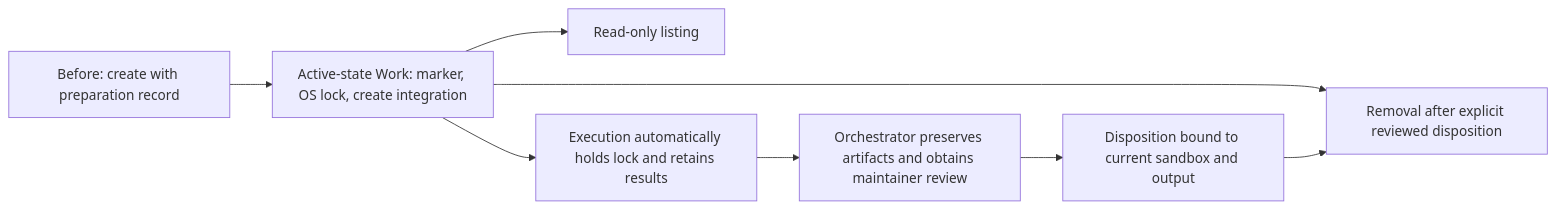
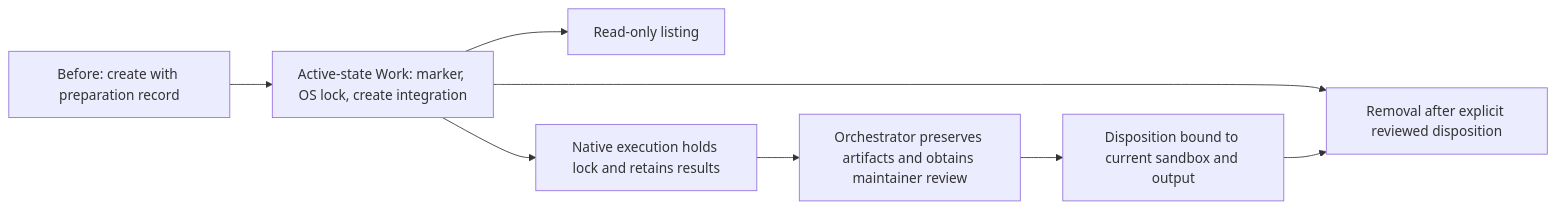
One commit to msitarz/ataraxia changed the diagram in doc/feat/evaluation-sandboxes/lifecycle/README.md. Above: the diagram before and after it, drawn with Mermaid. The commit also changed other lines of this file and 6 other files, not shown here.

````diff
--- a/doc/feat/evaluation-sandboxes/lifecycle/README.md
+++ b/doc/feat/evaluation-sandboxes/lifecycle/README.md
@@ -16,10 +19,10 @@
 ```mermaid
 flowchart LR
     B[Before: create with preparation record] --> A[Active-state Work: marker, OS lock, create integration]
     A --> L[Read-only listing]
     A --> R[Removal after explicit reviewed disposition]
-    A --> E[Execution automatically holds lock and retains results]
+    A --> E[Native execution holds lock and retains results]
     E --> O[Orchestrator preserves artifacts and obtains maintainer review]
     O --> D[Disposition bound to current sandbox and output]
     D --> R
 ```
````
